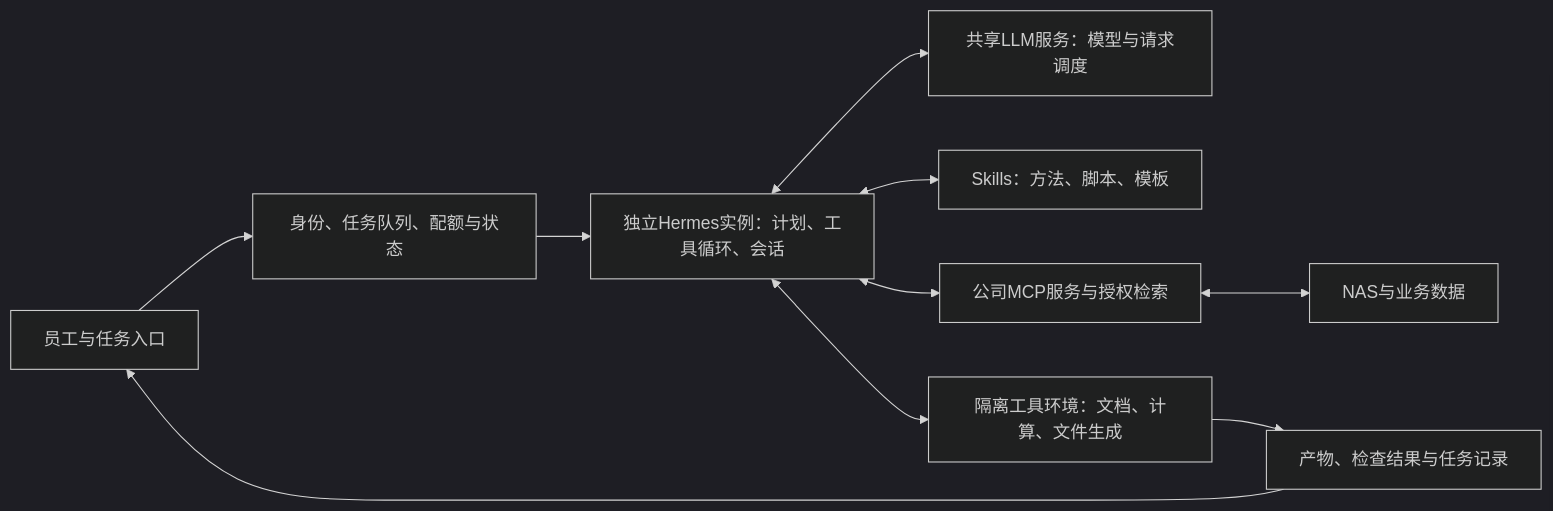
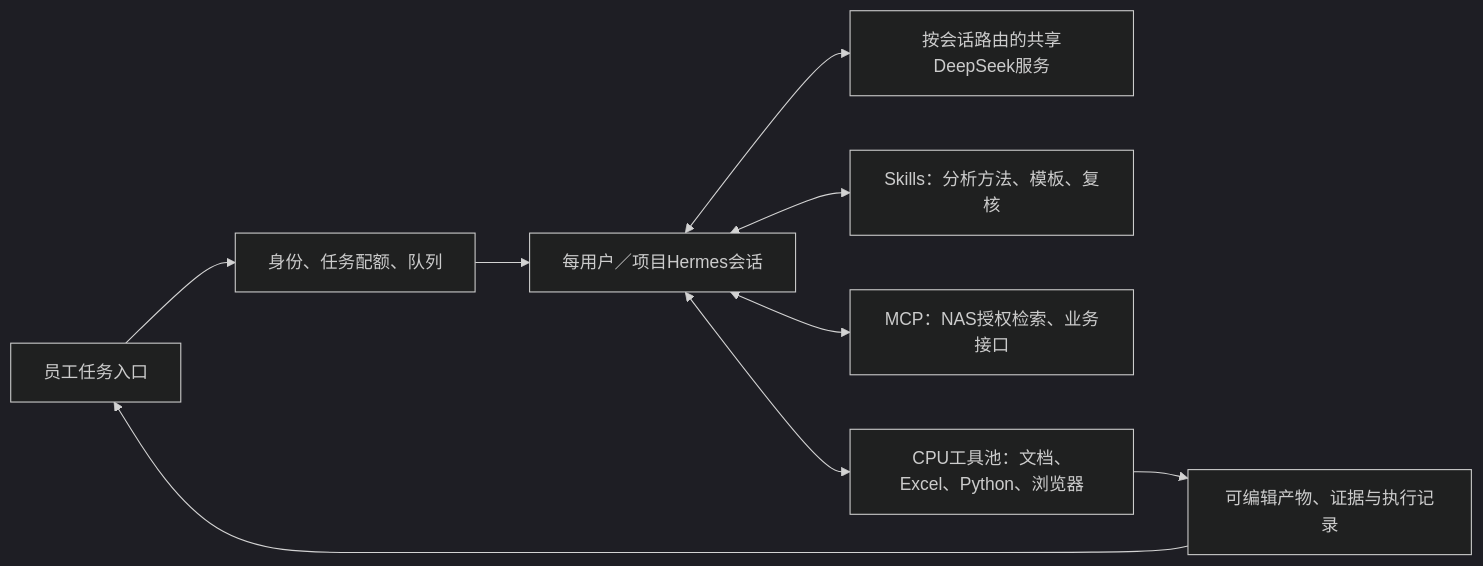
Before and after one commit to SthMax/quant-intern: the diagram in knowledge-base/infrastructure/scenario-3-company-agent-2026-09-23.md, drawn with Mermaid (dark theme). The commit also changed other lines of this file and 229 other files, not shown here.

````diff
--- a/knowledge-base/infrastructure/scenario-3-company-agent-2026-09-23.md
+++ b/knowledge-base/infrastructure/scenario-3-company-agent-2026-09-23.md
@@ -41,12 +11,11 @@
 ```mermaid
 flowchart LR
-    U["员工与任务入口"] --> G["身份、任务队列、配额与状态"]
-    G --> H["独立Hermes实例：计划、工具循环、会话"]
-    H <--> L["共享LLM服务：模型与请求调度"]
-    H <--> K["Skills：方法、脚本、模板"]
-    H <--> M["公司MCP服务与授权检索"]
-    M <--> N["NAS与业务数据"]
-    H <--> X["隔离工具环境：文档、计算、文件生成"]
-    X --> O["产物、检查结果与任务记录"]
+    U["员工任务入口"] --> G["身份、任务配额、队列"]
+    G --> A["每用户／项目Hermes会话"]
+    A <--> R["按会话路由的共享DeepSeek服务"]
+    A <--> S["Skills：分析方法、模板、复核"]
+    A <--> M["MCP：NAS授权检索、业务接口"]
+    A <--> X["CPU工具池：文档、Excel、Python、浏览器"]
+    X --> O["可编辑产物、证据与执行记录"]
     O --> U
 ```
````
